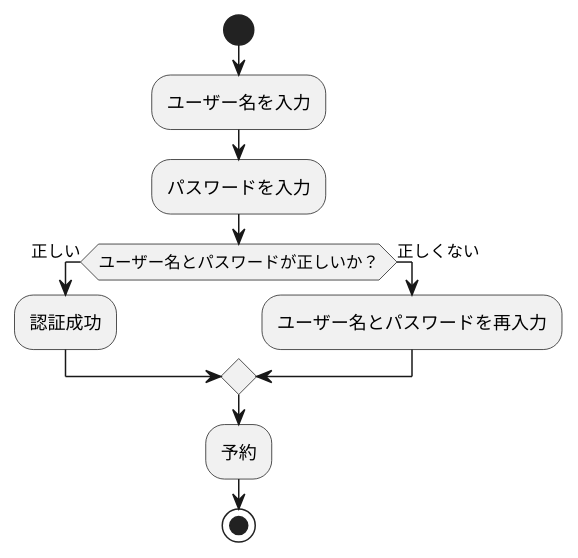
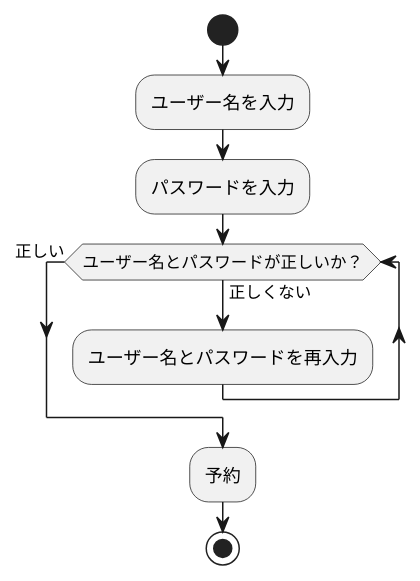
Before and after one commit to hatakeyama12/uml-intro: the diagram in 演習7-1_AC_ホテル宿泊予約システムで予約.pu, drawn with PlantUML.

Commit message:
演習７－１を修正

```diff
--- a/演習7-1_AC_ホテル宿泊予約システムで予約.pu
+++ b/演習7-1_AC_ホテル宿泊予約システムで予約.pu
@@ -1,12 +1,10 @@
 @startuml 演習７－１
 start
 :ユーザー名を入力;
 :パスワードを入力;
-if (ユーザー名とパスワードが正しいか？) then (正しい)
-:認証成功;
-else (正しくない)
-:ユーザー名とパスワードを再入力;
-endif
+while (ユーザー名とパスワードが正しいか？) is (正しくない)
+    :ユーザー名とパスワードを再入力;
+endwhile(正しい)
 :予約;
 stop
 @enduml
```
